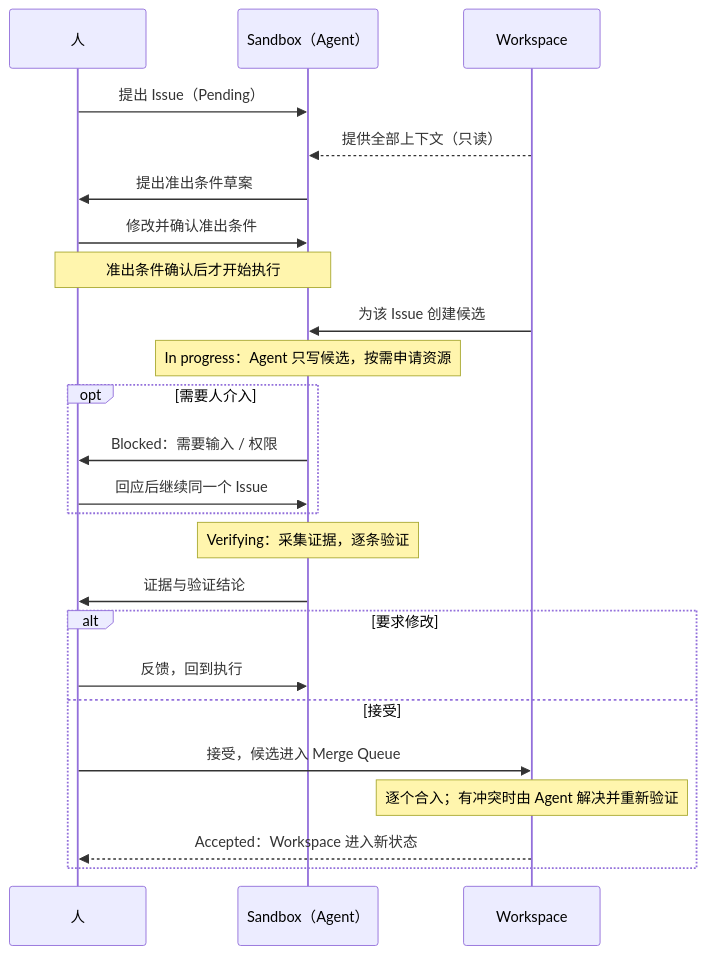
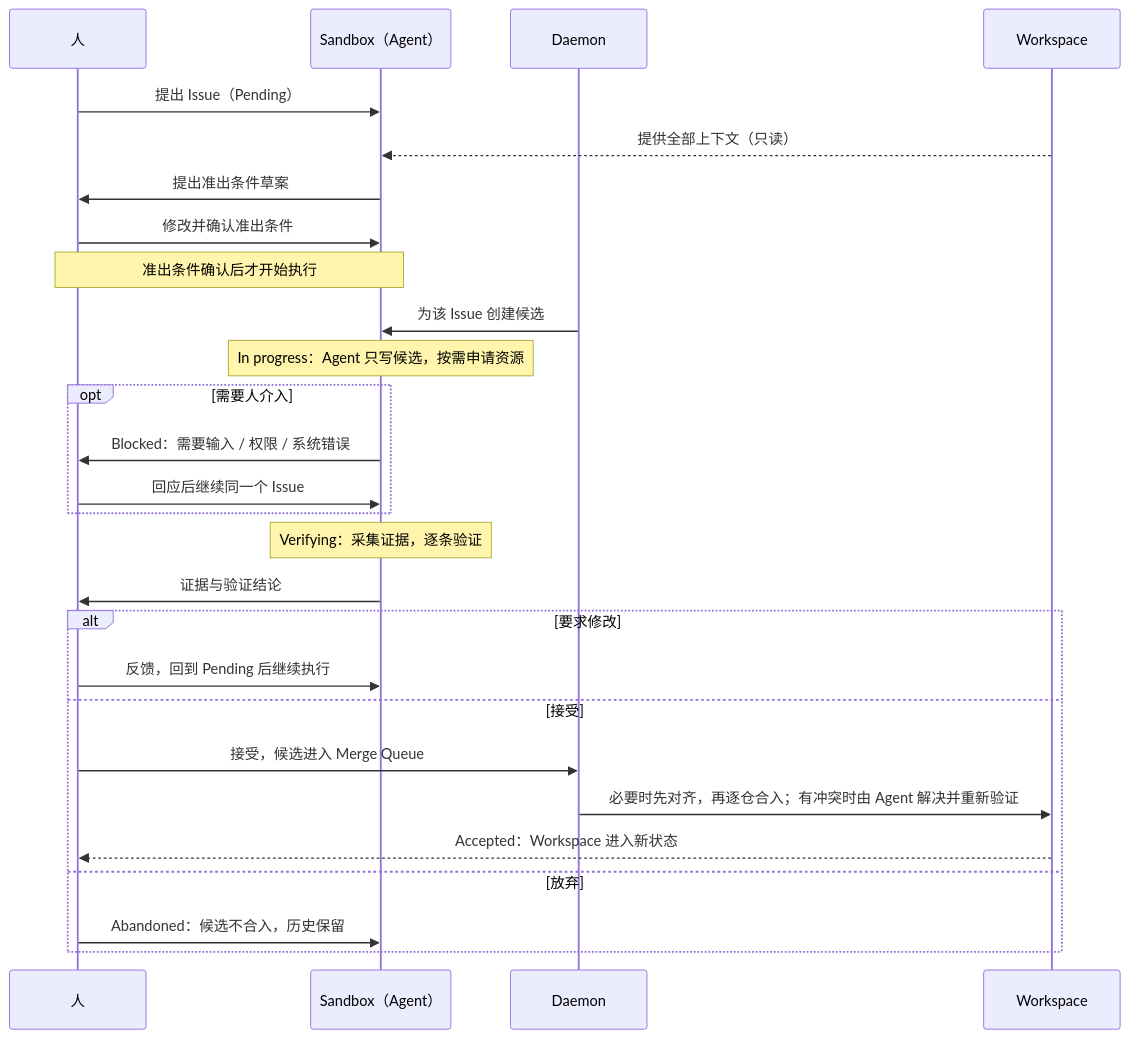
The second of 4 diagrams in docs/workspace-sandbox-overview.md (BD777/foundry), drawn with Mermaid before and after one commit. The commit also changed other lines of this file and 3 other files, not shown here.

Commit message:
docs: Issue flow docs follow the state machine; open merge rules move to WF-2 (#223)

````diff
--- a/docs/workspace-sandbox-overview.md
+++ b/docs/workspace-sandbox-overview.md
@@ -90,26 +90,29 @@
 ```mermaid
 sequenceDiagram
     participant H as 人
     participant S as Sandbox（Agent）
+    participant D as Daemon
     participant W as Workspace
     H->>S: 提出 Issue（Pending）
     W-->>S: 提供全部上下文（只读）
     S->>H: 提出准出条件草案
     H->>S: 修改并确认准出条件
     Note over H,S: 准出条件确认后才开始执行
-    W->>S: 为该 Issue 创建候选
+    D->>S: 为该 Issue 创建候选
     Note over S: In progress：Agent 只写候选，按需申请资源
     opt 需要人介入
-        S->>H: Blocked：需要输入 / 权限
+        S->>H: Blocked：需要输入 / 权限 / 系统错误
         H->>S: 回应后继续同一个 Issue
     end
     Note over S: Verifying：采集证据，逐条验证
     S->>H: 证据与验证结论
     alt 要求修改
-        H->>S: 反馈，回到执行
+        H->>S: 反馈，回到 Pending 后继续执行
     else 接受
-        H->>W: 接受，候选进入 Merge Queue
-        Note over W: 逐个合入；有冲突时由 Agent 解决并重新验证
+        H->>D: 接受，候选进入 Merge Queue
+        D->>W: 必要时先对齐，再逐仓合入；有冲突时由 Agent 解决并重新验证
         W-->>H: Accepted：Workspace 进入新状态
+    else 放弃
+        H->>S: Abandoned：候选不合入，历史保留
     end
 ```
````
